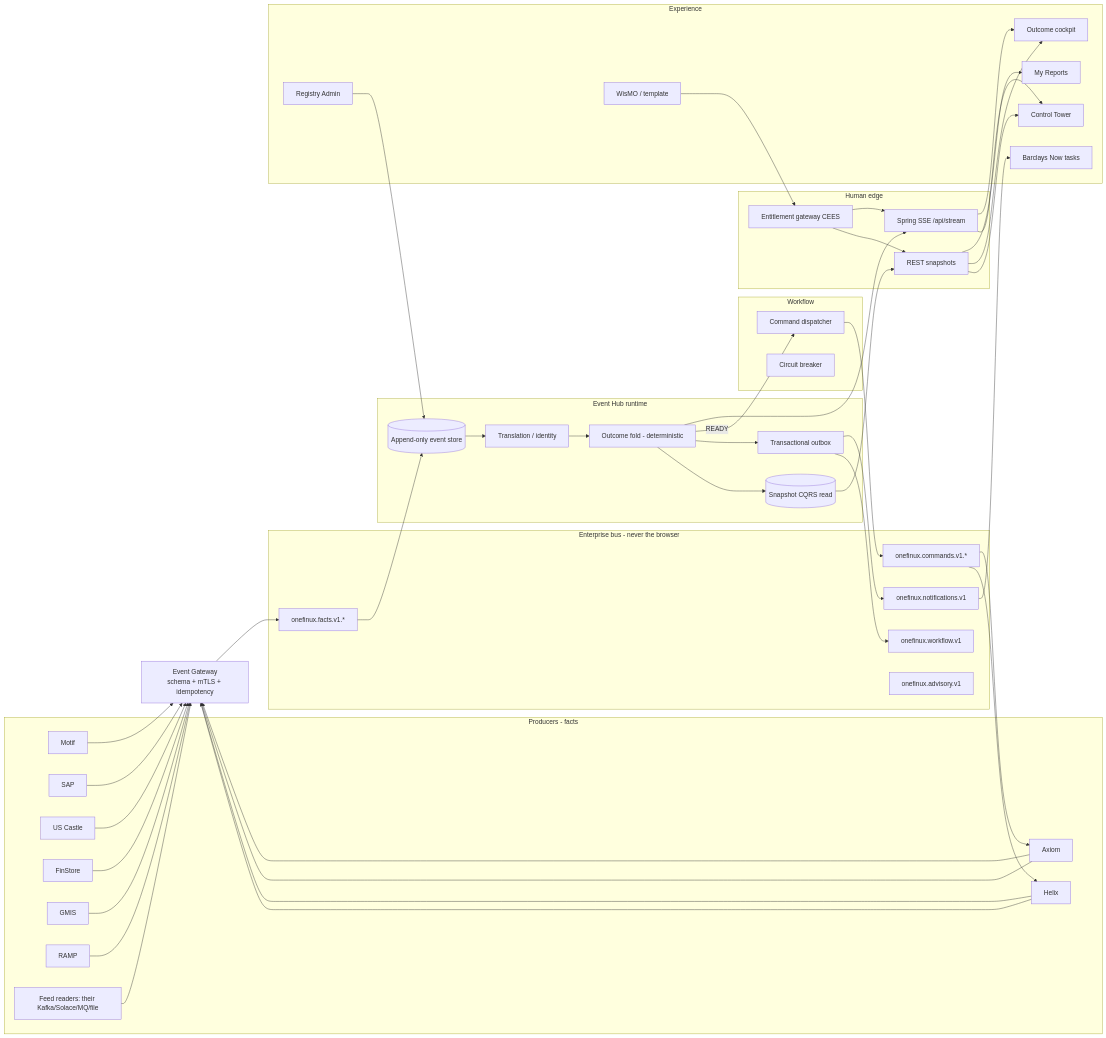
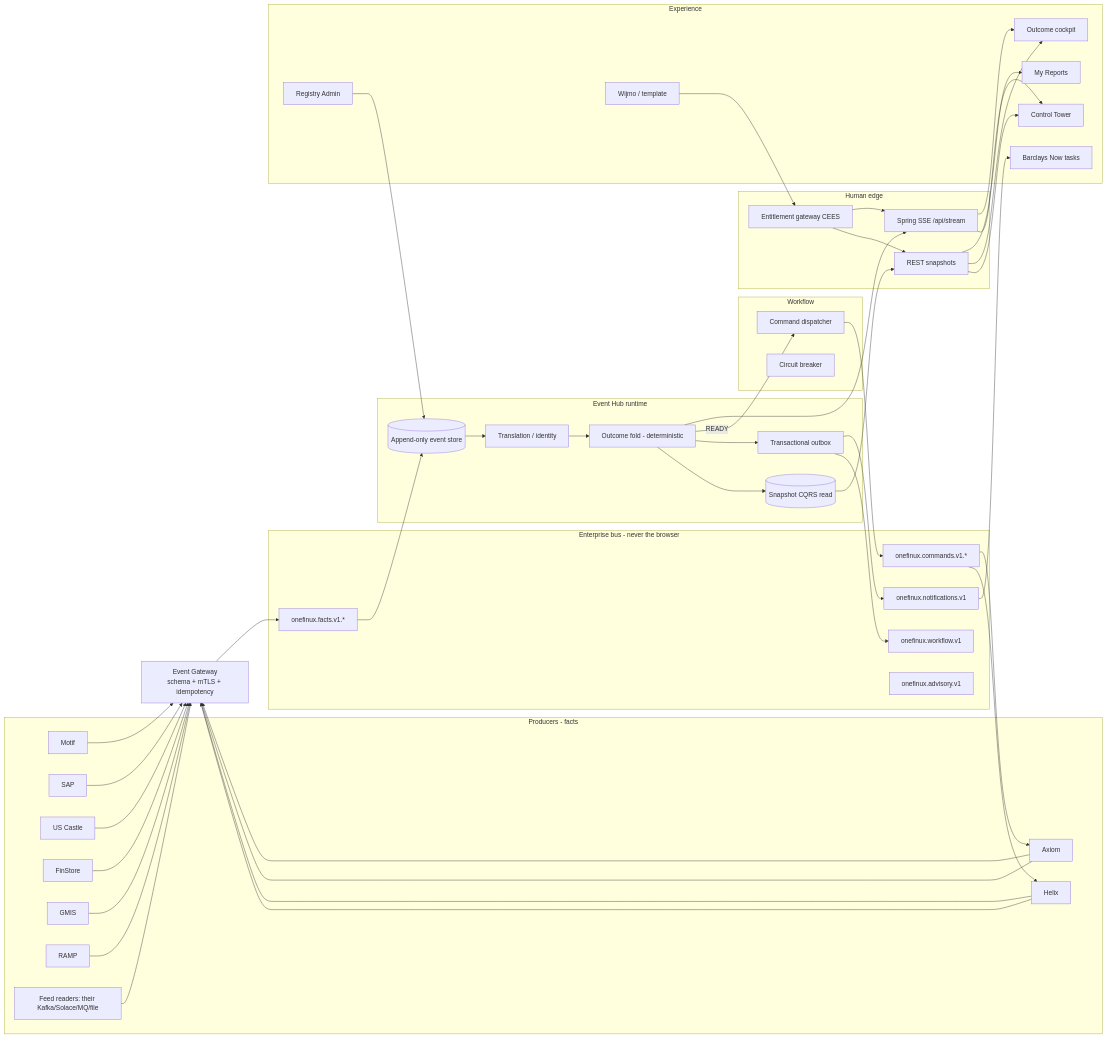
Before and after one commit to praveen2025work/onefinuxdemo: the diagram in docs/superpowers/specs/2026-09-12-flagship-architecture-and-experience.md, drawn with Mermaid. The commit also changed other lines of this file and 12 other files, not shown here.

First line of the commit message:
fix: rename WisMO/Wismo to Wijmo (MESCIUS)

```diff
--- a/docs/superpowers/specs/2026-09-12-flagship-architecture-and-experience.md
+++ b/docs/superpowers/specs/2026-09-12-flagship-architecture-and-experience.md
@@ -84,7 +84,7 @@
     Tower[Control Tower]
     Cockpit[Outcome cockpit]
     Gallery[My Reports]
-    Viewer[WisMO / template]
+    Viewer[Wijmo / template]
     Admin[Registry Admin]
     Now[Barclays Now tasks]
   end
```
